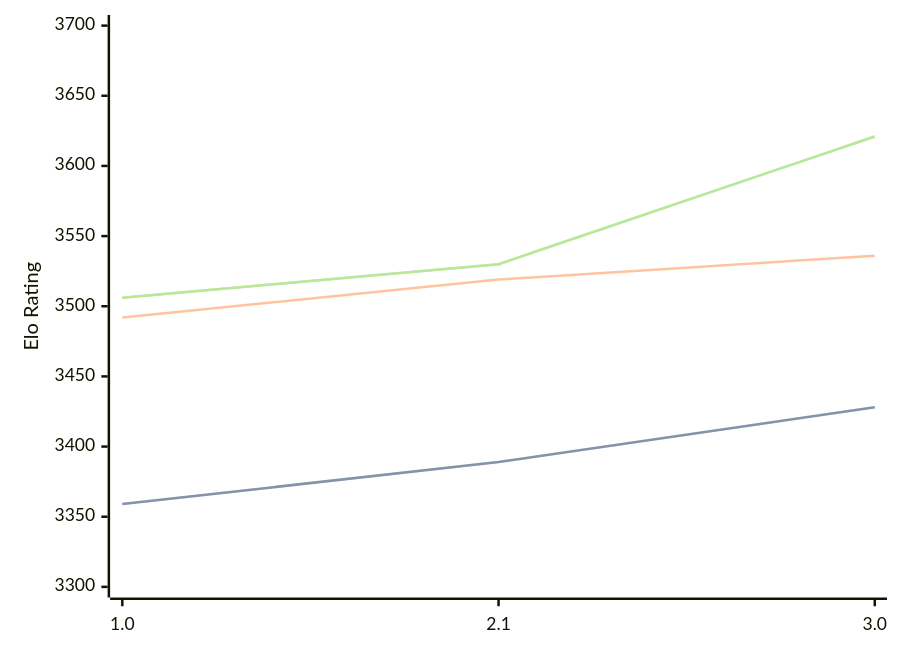
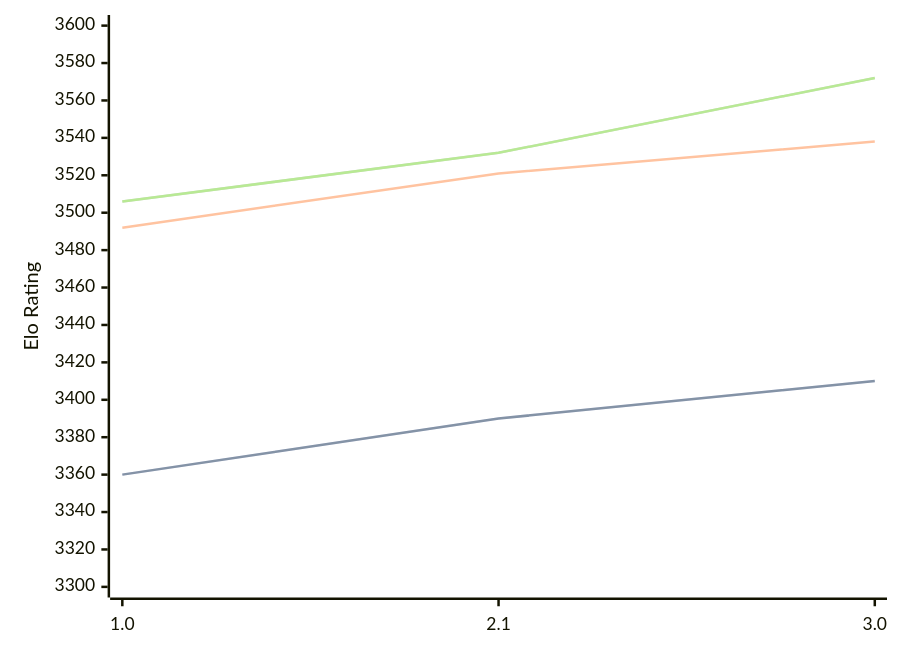
One commit to computer-chess-index/cci changed the diagram in engines/Hobbes.md. Above: the diagram before and after it, drawn with Mermaid. The commit also changed other lines of this file, not shown here.

Commit message:
Update CCI Ratings (ELO VLTC) - 2026-07-24

````diff
--- a/engines/Hobbes.md
+++ b/engines/Hobbes.md
@@ -34,11 +34,11 @@
 ```mermaid
 %%{init: {"theme":"base","themeVariables":{"seriesColors:['#a3a3a3','#222221','#faa371']}}}%%
 xychart-beta
   x-axis ["1.0", "2.1", "3.0"]
-  y-axis "Elo Rating" 3300 --> 3700
-  line "STC (8.0+0.08s)" [3359, 3389, 3428]
-  line "STC (8.0+0.08s)" [3359, 3389, 3428]
-  line "LTC (60.0+0.60s)" [3492, 3519, 3536]
-  line "VLTC (2m24s+1.12s)" [3506, 3530, 3621]
-  line "VLTC (2m24s+1.12s)" [3506, 3530, 3621]
+  y-axis "Elo Rating" 3300 --> 3600
+  line "STC (8.0+0.08s)" [3360, 3390, 3410]
+  line "STC (8.0+0.08s)" [3360, 3390, 3410]
+  line "LTC (60.0+0.60s)" [3492, 3521, 3538]
+  line "VLTC (2m24s+1.12s)" [3506, 3532, 3572]
+  line "VLTC (2m24s+1.12s)" [3506, 3532, 3572]
 ```
````
